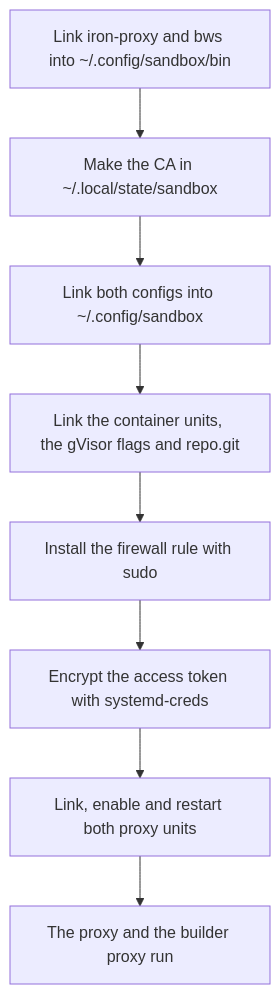
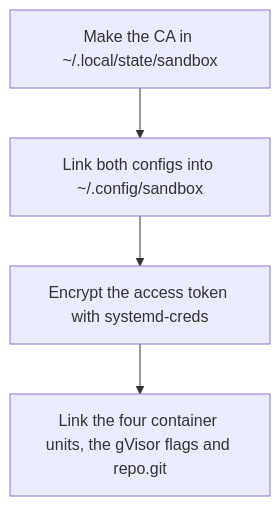
Before and after one commit to raghav19/engineersdaybook: the diagram in .sandbox/host/README.md, drawn with Mermaid. The commit also changed other lines of this file and 2 other files, not shown here.

````diff
--- a/.sandbox/host/README.md
+++ b/.sandbox/host/README.md
@@ -22,10 +25,6 @@
 ```mermaid
 flowchart TD
-    A["Link iron-proxy and bws into ~/.config/sandbox/bin"] --> B["Make the CA in ~/.local/state/sandbox"]
-    B --> C["Link both configs into ~/.config/sandbox"]
-    C --> D["Link the container units, the gVisor flags and repo.git"]
-    D --> E["Install the firewall rule with sudo"]
-    E --> F["Encrypt the access token with systemd-creds"]
-    F --> G["Link, enable and restart both proxy units"]
-    G --> H["The proxy and the builder proxy run"]
+    A["Make the CA in ~/.local/state/sandbox"] --> B["Link both configs into ~/.config/sandbox"]
+    B --> C["Encrypt the access token with systemd-creds"]
+    C --> D["Link the four container units, the gVisor flags and repo.git"]
 ```
````
